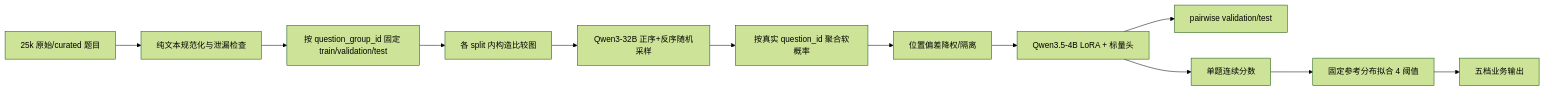
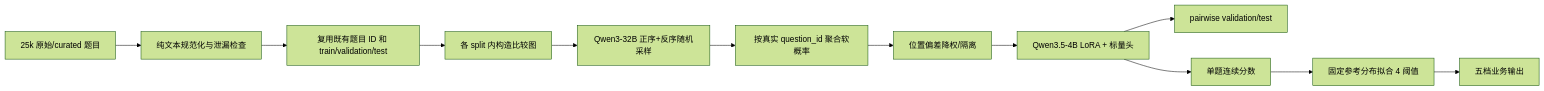
Before and after one commit to wishfine/physics-difficulty-rater: the diagram in docs/pairwise_v3.md, drawn with Mermaid (forest theme). The commit also changed other lines of this file and 3 other files, not shown here.

````diff
--- a/docs/pairwise_v3.md
+++ b/docs/pairwise_v3.md
@@ -34,14 +34,14 @@
 ```mermaid
 flowchart LR
     R["25k 原始/curated 题目"] --> N["纯文本规范化与泄漏检查"]
-    N --> S["按 question_group_id 固定 train/validation/test"]
+    N --> S["复用既有题目 ID 和 train/validation/test"]
     S --> G["各 split 内构造比较图"]
     G --> J["Qwen3-32B 正序+反序随机采样"]
     J --> A["按真实 question_id 聚合软概率"]
     A --> C["位置偏差降权/隔离"]
     C --> T["Qwen3.5-4B LoRA + 标量头"]
     T --> E["pairwise validation/test"]
     T --> Q["单题连续分数"]
     Q --> H["固定参考分布拟合 4 阈值"]
     H --> P["五档业务输出"]
 ```
````
